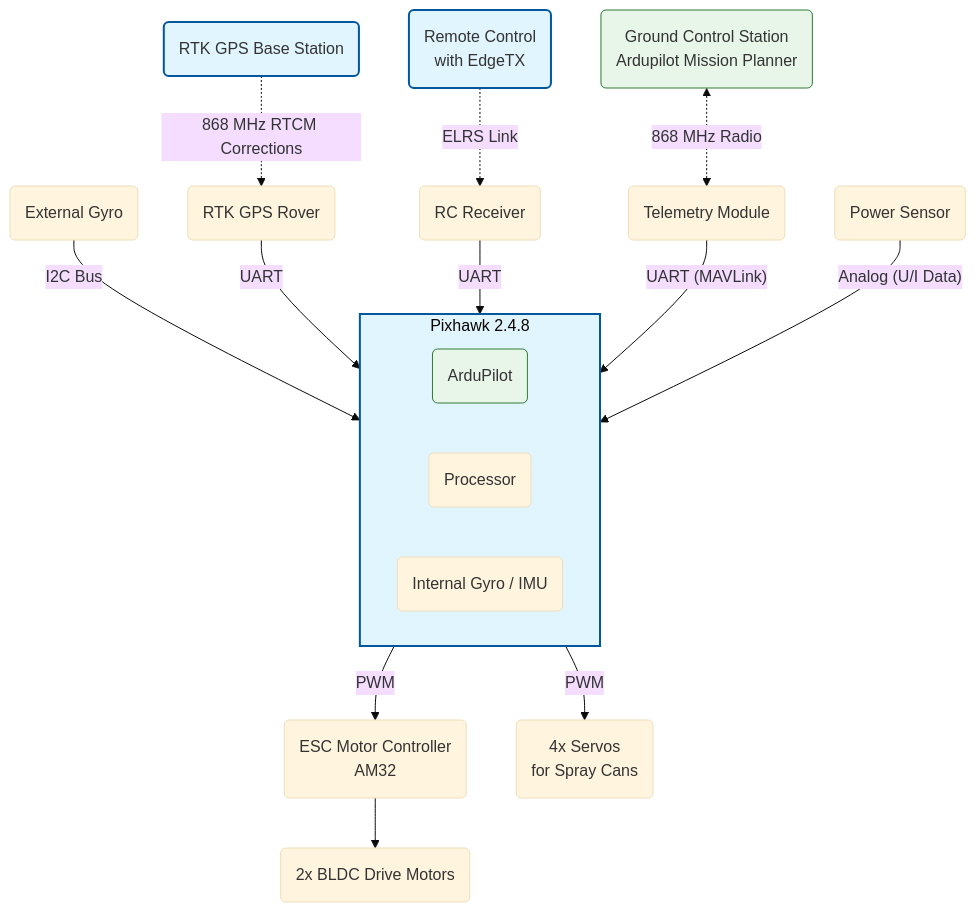
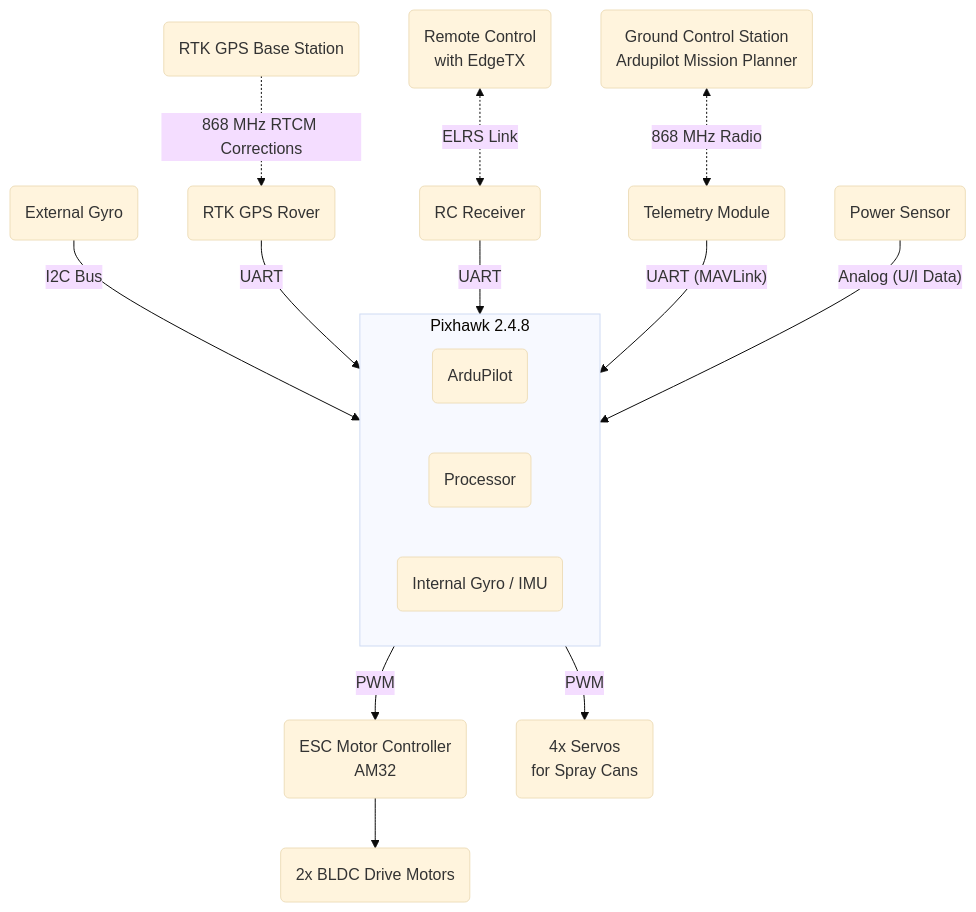
The first of 4 diagrams in README.md (vBJohannes/RoadMarkerBot), drawn with Mermaid (base theme) before and after one commit. The commit also changed other lines of this file, not shown here.

````diff
--- a/README.md
+++ b/README.md
@@ -15,38 +15,31 @@
 ```mermaid
 graph TD
     %% Central Unit
     subgraph PIXHAWK [Pixhawk 2.4.8]
         AP(ArduPilot)
         CPU(Processor)
         IMU_INT(Internal Gyro / IMU)
     end
 
     %% Sensors & Inputs
     IMU_EXT(External Gyro) -- "I2C Bus" --> PIXHAWK
     GPS_ROVER(RTK GPS Rover) -- "UART" --> PIXHAWK
     RC_REC(RC Receiver) -- "UART" --> PIXHAWK
     TELE(Telemetry Module) -- "UART (MAVLink)" --> PIXHAWK
     
     %% Power Monitoring (New)
     PWR_SENS(Power Sensor) -- "Analog (U/I Data)" --> PIXHAWK
 
     %% Wireless Links
     GCS(Ground Control Station<br>Ardupilot Mission Planner) <-. "868 MHz Radio" .-> TELE
-    Remote(Remote Control<br>with EdgeTX) -. "ELRS Link" .-> RC_REC
+    Remote(Remote Control<br>with EdgeTX) <-. "ELRS Link" .-> RC_REC
 
     %% GPS RTK
     GPS_BASE(RTK GPS Base Station) -. "868 MHz RTCM Corrections" .-> GPS_ROVER
 
     %% Actuators (Outputs)
     PIXHAWK -- "PWM" --> ESC(ESC Motor Controller<br>AM32)
     ESC --> MOT(2x BLDC Drive Motors)
     
     PIXHAWK -- "PWM" --> SER(4x Servos<br>for Spray Cans)
-
-    %% Styling
-    classDef system fill:#e1f5fe,stroke:#01579b,stroke-width:2px;
-    classDef software fill:#e8f5e9,stroke:#2e7d32;
-    classDef external fill:#fff9c4,stroke:#fbc02d;
-    class PIXHAWK,GPS_BASE,Remote system;
-    class GCS,AP software;
 ```
````
